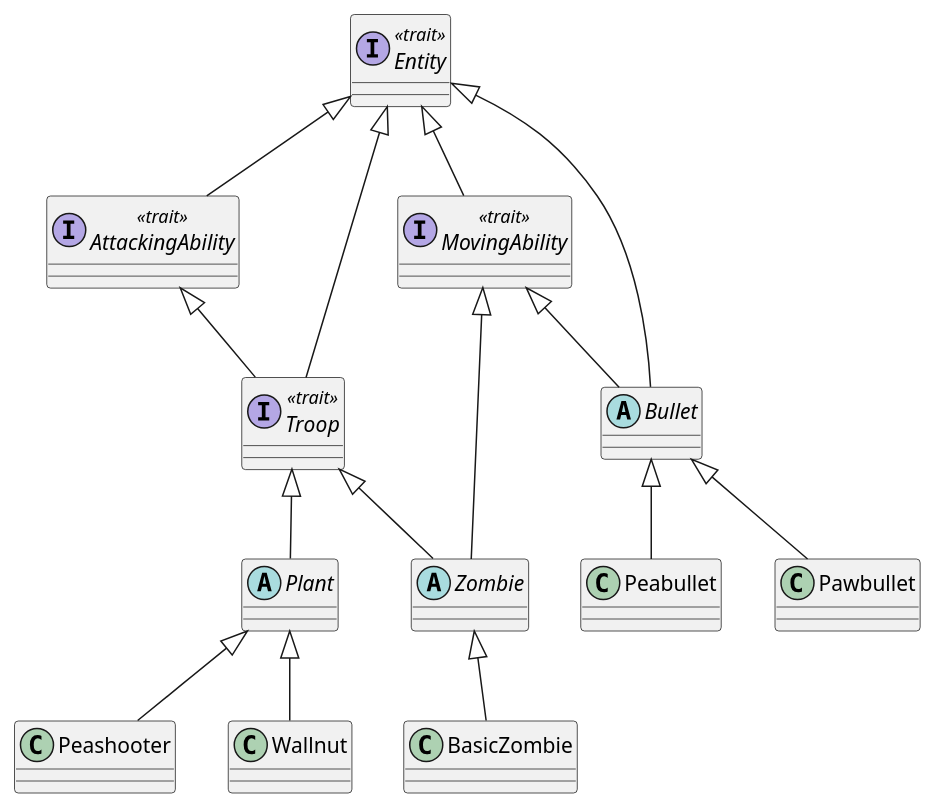
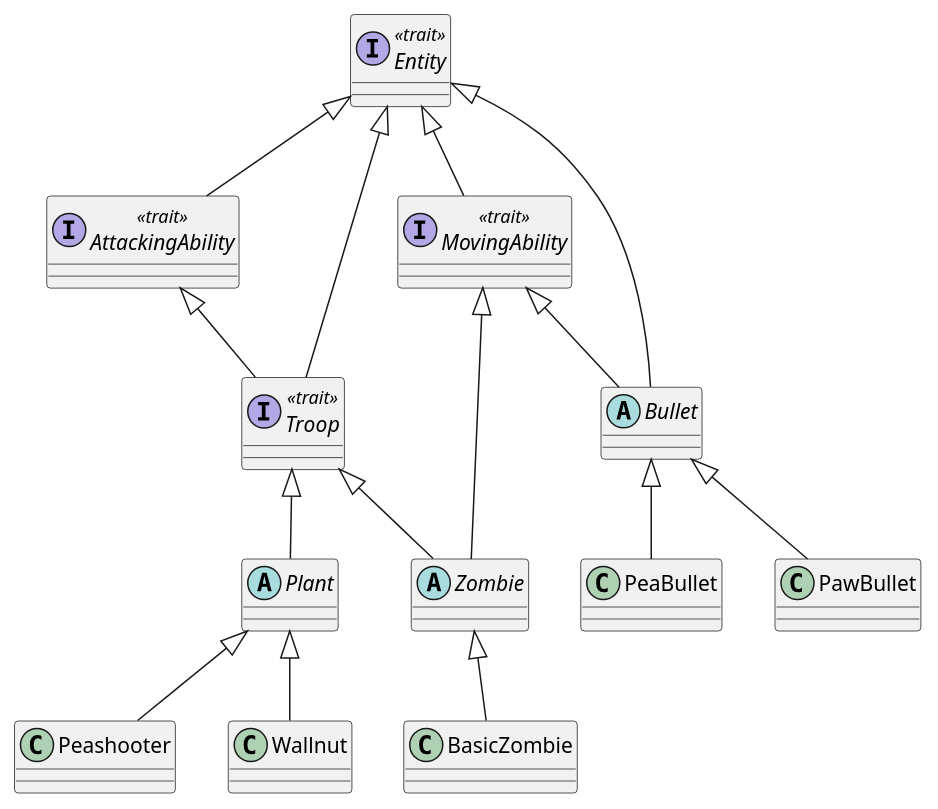
Before and after one commit to PaoloPenazzi/pps-pvzlike: the diagram in doc/diagrams/Entities.puml, drawn with PlantUML. The commit also changed 1 other file, not shown here.

Commit message:
docs: create Plants class diagram

```diff
--- a/doc/diagrams/Entities.puml
+++ b/doc/diagrams/Entities.puml
@@ -1,33 +1,33 @@
 @startuml
 'https://plantuml.com/class-diagram
 
 interface Entity <<trait>>
 interface AttackingAbility <<trait>>
 interface MovingAbility <<trait>>
 interface Troop <<trait>>
 abstract class Plant
 abstract class Zombie
 abstract class Bullet
-class Peabullet
-class Pawbullet
+class PeaBullet
+class PawBullet
 class Peashooter
 class Wallnut
 class BasicZombie
 
 Entity <|-down- MovingAbility
 Entity <|-down- AttackingAbility
 Entity <|-down- Bullet
 Entity <|-down- Troop
 AttackingAbility <|-down- Troop
 MovingAbility <|-down- Zombie
 MovingAbility <|-down- Bullet
 Troop <|-down- Plant
 Troop <|-down- Zombie
 Plant <|-down- Peashooter
 Plant <|-down- Wallnut
 Zombie <|-down- BasicZombie
-Bullet <|-down- Peabullet
-Bullet <|-down- Pawbullet
+Bullet <|-down- PeaBullet
+Bullet <|-down- PawBullet
 
 
 @enduml
```
